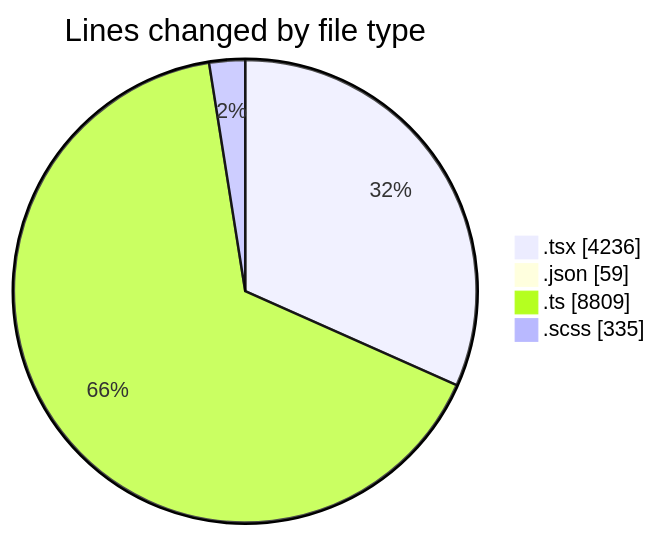
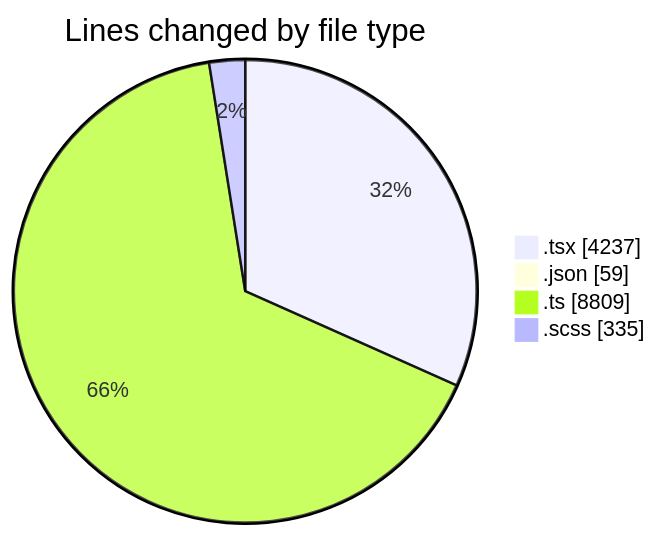
Before and after one commit to momahboobian/code-tracking: the first of 2 diagrams in 2025-11-24/cda/README.md, drawn with Mermaid. The commit also changed other lines of this file and 1 other file, not shown here.

````diff
--- a/2025-11-24/cda/README.md
+++ b/2025-11-24/cda/README.md
@@ -35,8 +35,8 @@
 ```mermaid
 pie showData
 title Lines changed by file type
-".tsx" : 4236
+".tsx" : 4237
 ".json" : 59
 ".ts" : 8809
 ".scss" : 335
 ```
````
